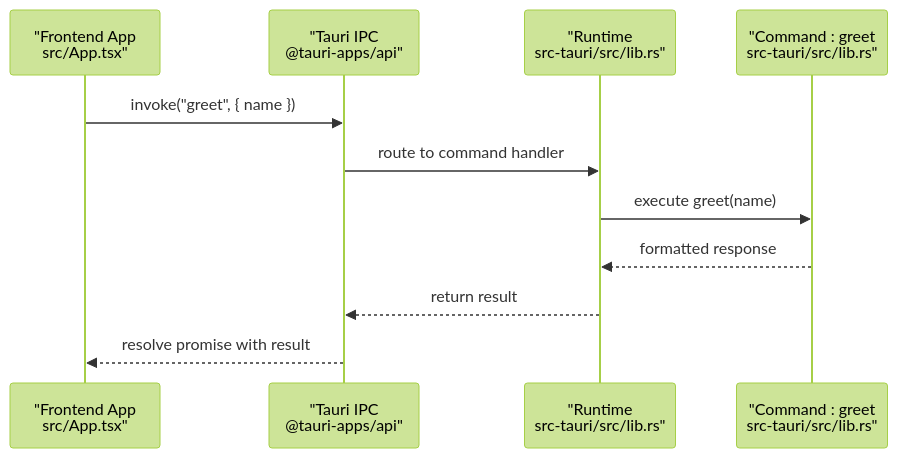
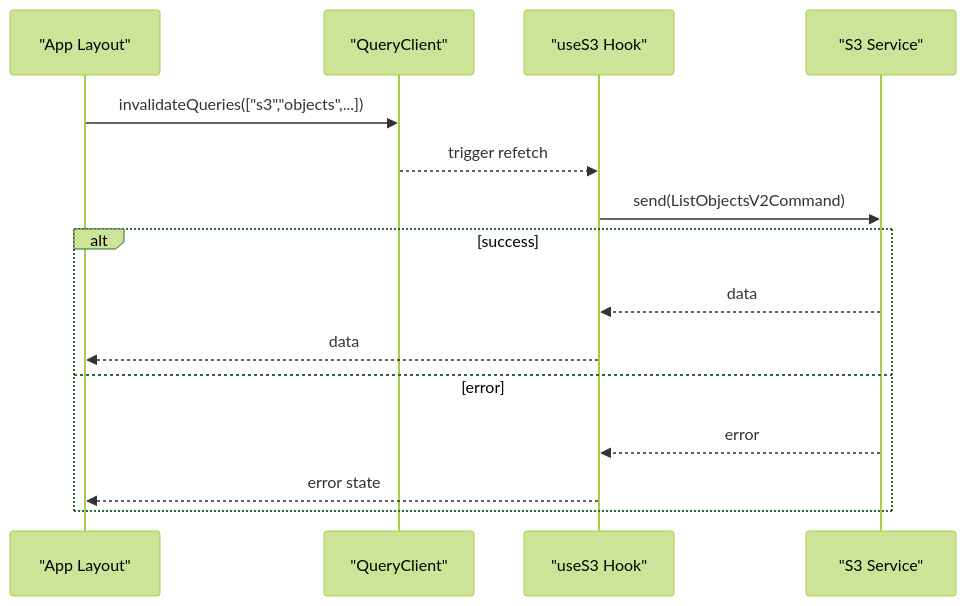
One commit to nasrulhadi/s3-explorer changed the fifth of 9 diagrams in .qoder/repowiki/en/content/Technical Implementation/Technical Implementation.md. Above: the diagram before and after it, drawn with Mermaid (forest theme). The commit also changed other lines of this file and 46 other files, not shown here.

````diff
--- a/.qoder/repowiki/en/content/Technical Implementation/Technical Implementation.md
+++ b/.qoder/repowiki/en/content/Technical Implementation/Technical Implementation.md
@@ -190,13 +224,17 @@
 ```mermaid
 sequenceDiagram
-participant FE as "Frontend App<br/>src/App.tsx"
-participant IPC as "Tauri IPC<br/>@tauri-apps/api"
-participant RT as "Runtime<br/>src-tauri/src/lib.rs"
-participant CMD as "Command : greet<br/>src-tauri/src/lib.rs"
-FE->>IPC : invoke("greet", { name })
-IPC->>RT : route to command handler
-RT->>CMD : execute greet(name)
-CMD-->>RT : formatted response
-RT-->>IPC : return result
-IPC-->>FE : resolve promise with result
+participant App as "App Layout"
+participant QC as "QueryClient"
+participant Hook as "useS3 Hook"
+participant S3 as "S3 Service"
+App->>QC : invalidateQueries(["s3","objects",...])
+QC-->>Hook : trigger refetch
+Hook->>S3 : send(ListObjectsV2Command)
+alt success
+S3-->>Hook : data
+Hook-->>App : data
+else error
+S3-->>Hook : error
+Hook-->>App : error state
+end
 ```
````
